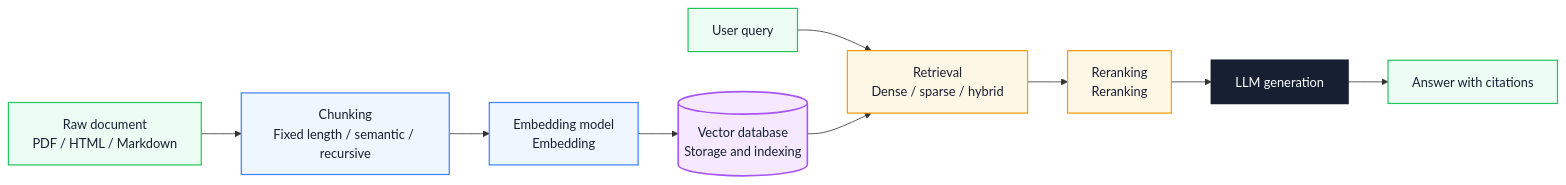
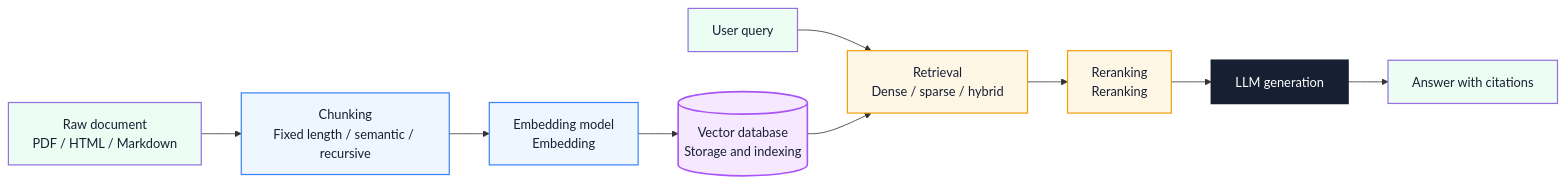
One commit to Fatejian/frontier-vault changed the third of 5 diagrams in docs/en/ai/ai-agent-tech-understanding.md. Above: the diagram before and after it, drawn with Mermaid. The commit also changed other lines of this file and 41 other files, not shown here.

````diff
--- a/docs/en/ai/ai-agent-tech-understanding.md
+++ b/docs/en/ai/ai-agent-tech-understanding.md
@@ -197,34 +230,33 @@
 ```mermaid
-%%{init: {'theme': 'base', 'themeVariables': { 'fontFamily': 'Inter, PingFang SC, Microsoft YaHei, sans-serif', 'primaryColor': '#F8FAFC', 'primaryTextColor': '#172033', 'primaryBorderColor': '#CBD5E1', 'lineColor': '#64748B, 'fontSize': '13px'}}}%%
 flowchart LR
     Doc["Raw document<br/>PDF / HTML / Markdown"]
     Chunk["Chunking<br/>Fixed length / semantic / recursive"]
     Embed["Embedding model<br/>Embedding"]
     VectorDB[("Vector database<br/>Storage and indexing")]
     Query["User query"]
     Retrieve["Retrieval<br/>Dense / sparse / hybrid"]
     Rerank["Reranking<br/>Reranking"]
     LLM["LLM generation"]
     Answer["Answer with citations"]
 
     Doc --> Chunk
     Chunk --> Embed
     Embed --> VectorDB
     Query --> Retrieve
     VectorDB --> Retrieve
     Retrieve --> Rerank
     Rerank --> LLM
     LLM --> Answer
 
     classDef core fill:#172033,color:#fff,stroke:#172033,stroke-width:2px;
     classDef wait fill:#EEF6FF,stroke:#3B82F6,color:#172033,stroke-width:1.5px;
     classDef block fill:#FFF7E6,stroke:#F59E0B,color:#172033,stroke-width:1.5px;
-    classDef work fill:#ECFDF3,stroke:#22C55E,color:#172033,stroke-width:1.5px;
+    classDef work fill:#ECFDF3,color:#22C55E,color:#172033,stroke-width:1.5px;
     classDef metric fill:#F5E8FF,stroke:#A855F7,color:#172033,stroke-width:2px;
 
     class Doc,Query,Answer work;
     class Chunk,Embed wait;
     class Retrieve,Rerank block;
     class VectorDB metric;
     class LLM core;
 ```
````
